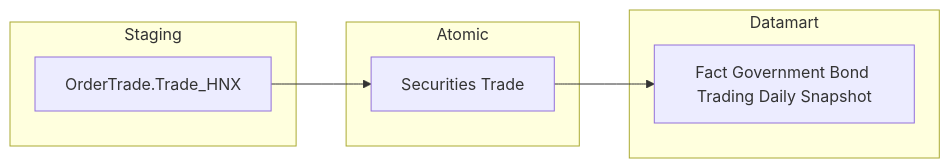
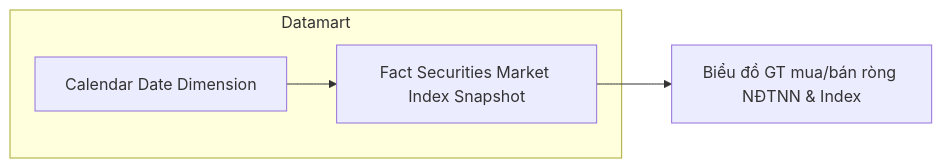
One commit to linhlvit/ubck_atomic_design changed the seventh of 22 diagrams in Datamart/hld/DTM_VP_HLD.md. Above: the diagram before and after it, drawn with Mermaid. The commit also changed other lines of this file and 14 other files, not shown here.

````diff
--- a/Datamart/hld/DTM_VP_HLD.md
+++ b/Datamart/hld/DTM_VP_HLD.md
@@ -135,14 +227,9 @@
 ```mermaid
 flowchart LR
-    subgraph SRC["Staging"]
-        S3[OrderTrade.Trade_HNX]
+    subgraph GOLD["Datamart"]
+        fct_scr_mkt_indx_snpst["Fact Securities Market Index Snapshot"]
+        cdr_dt_dim["Calendar Date Dimension"]
     end
-    subgraph SIL["Atomic"]
-        A2[Securities Trade]
-    end
-    subgraph GOLD["Datamart"]
-        F6[Fact Government Bond Trading Daily Snapshot]
-    end
-    S3 --> A2
-    A2 --> F6
+    cdr_dt_dim --> fct_scr_mkt_indx_snpst
+    fct_scr_mkt_indx_snpst --> RPT1["Biểu đồ GT mua/bán ròng NĐTNN & Index"]
 ```
````
